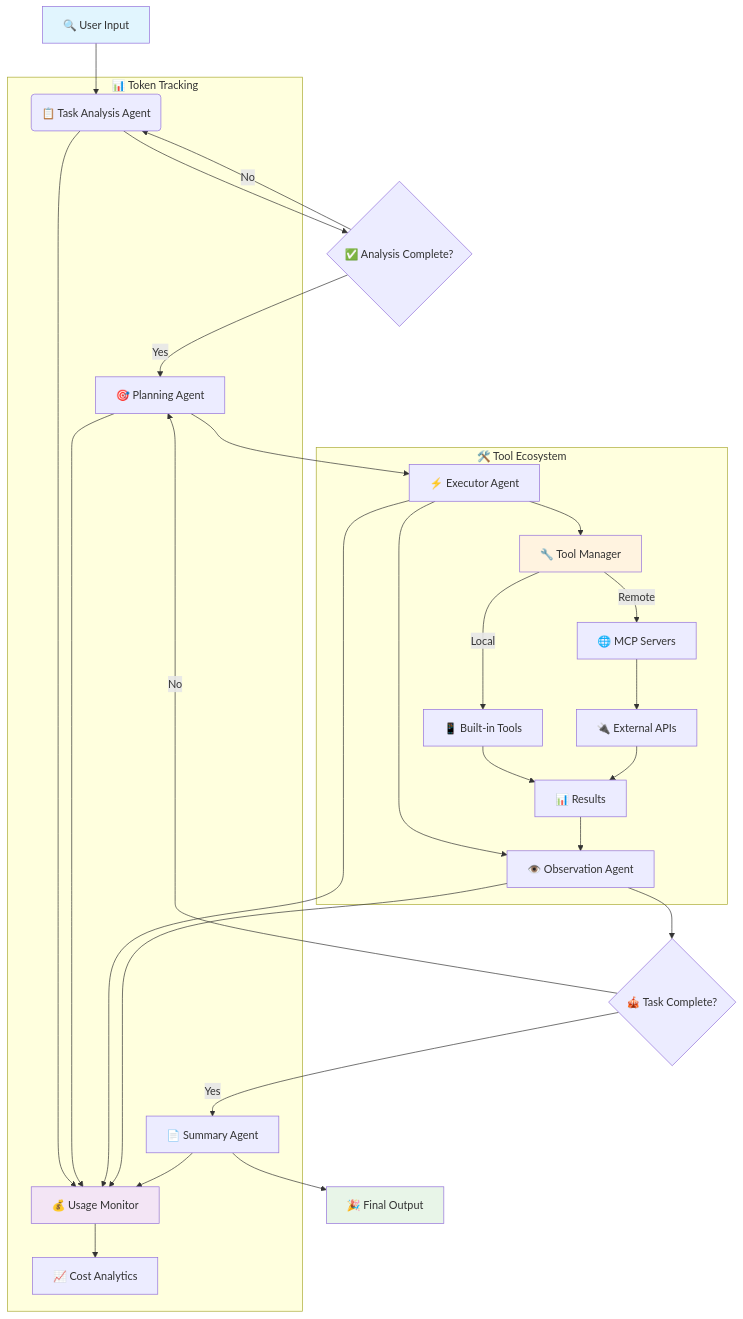
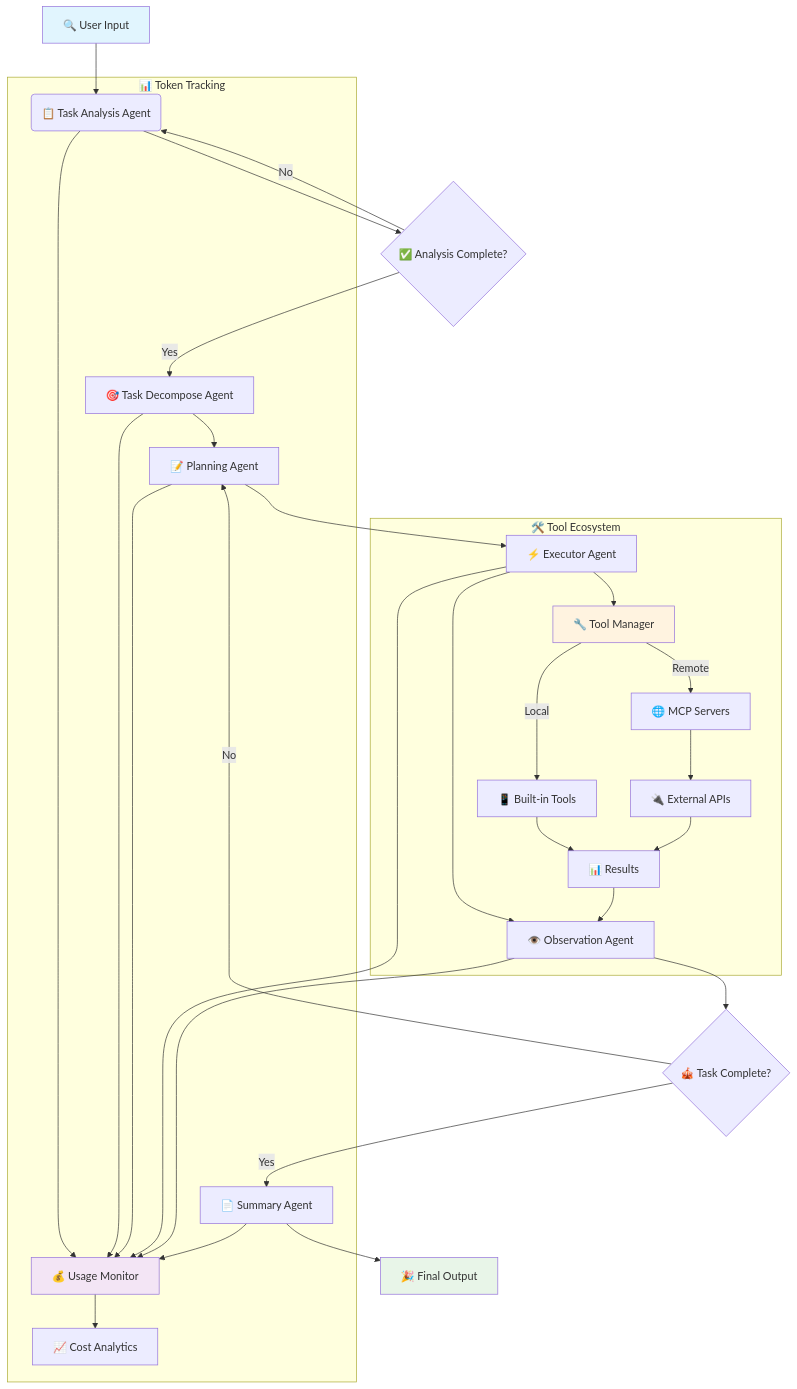
One commit to baller/SuperTravelAgent changed the diagram in README.md. Above: the diagram before and after it, drawn with Mermaid. The commit also changed other lines of this file and 3 other files, not shown here.

````diff
--- a/README.md
+++ b/README.md
@@ -50,37 +50,39 @@
 ```mermaid
 graph TD
     A[🔍 User Input] --> B(📋 Task Analysis Agent)
     B --> C{✅ Analysis Complete?}
-    C -->|Yes| D[🎯 Planning Agent]
+    C -->|Yes| D[🎯 Task Decompose Agent]
     C -->|No| B
-    D --> E[⚡ Executor Agent]
-    E --> F[👁️ Observation Agent]
-    F --> G{🎪 Task Complete?}
-    G -->|Yes| H[📄 Summary Agent]
-    G -->|No| D
-    H --> I[🎉 Final Output]
+    D --> E[📝 Planning Agent]
+    E --> F[⚡ Executor Agent]
+    F --> G[👁️ Observation Agent]
+    G --> H{🎪 Task Complete?}
+    H -->|Yes| I[📄 Summary Agent]
+    H -->|No| E
+    I --> J[🎉 Final Output]
     
     subgraph "🛠️ Tool Ecosystem"
-        E --> J[🔧 Tool Manager]
-        J -->|Local| K[📱 Built-in Tools]
-        J -->|Remote| L[🌐 MCP Servers]
-        L --> M[🔌 External APIs]
-        K --> N[📊 Results]
-        M --> N
-        N --> F
+        F --> K[🔧 Tool Manager]
+        K -->|Local| L[📱 Built-in Tools]
+        K -->|Remote| M[🌐 MCP Servers]
+        M --> N[🔌 External APIs]
+        L --> O[📊 Results]
+        N --> O
+        O --> G
     end
     
     subgraph "📊 Token Tracking"
         B --> P[💰 Usage Monitor]
         D --> P
         E --> P
         F --> P
-        H --> P
+        G --> P
+        I --> P
         P --> Q[📈 Cost Analytics]
     end
     
     style A fill:#e1f5fe
-    style I fill:#e8f5e8
-    style J fill:#fff3e0
+    style J fill:#e8f5e8
+    style K fill:#fff3e0
     style P fill:#f3e5f5
 ```
````
